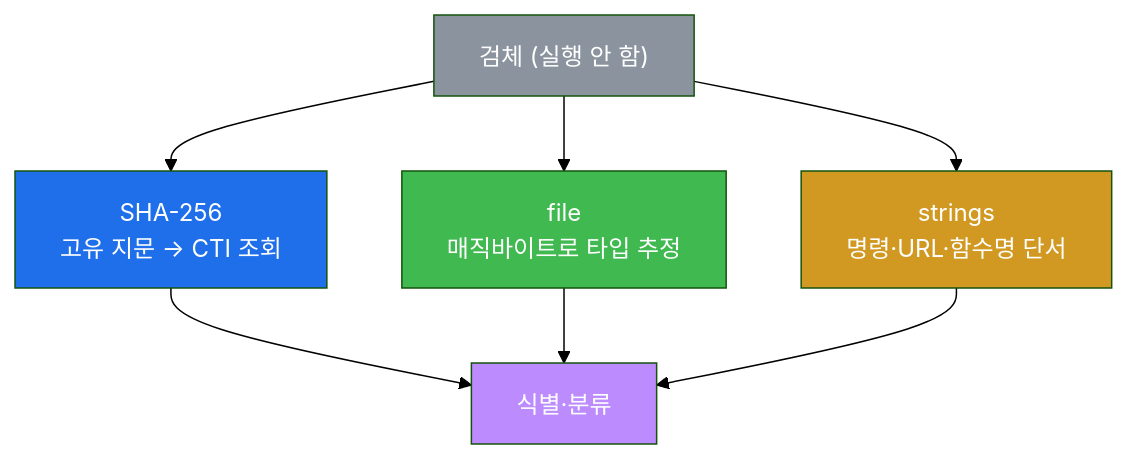
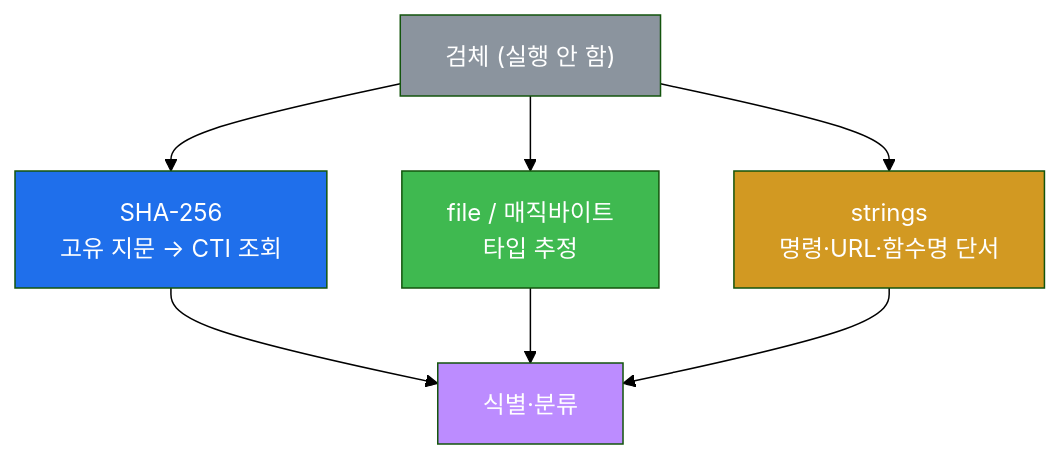
The third of 4 diagrams in contents/training/soc-adv/lecture_week09.md (mrgrit/tw2), drawn with Mermaid (forest theme) before and after one commit. The commit also changed other lines of this file, not shown here.

First line of the commit message:
docs(soc-adv): W09 강의 골드 확장 (162→301줄) — 정적/동적 비교표·해시=지문·file없을때 od 매직바이트·안전취급 4원칙·임의작명

````diff
--- a/contents/training/soc-adv/lecture_week09.md
+++ b/contents/training/soc-adv/lecture_week09.md
@@ -86,15 +147,15 @@
 ```mermaid
 graph TD
     S["검체 (실행 안 함)"]
     S --> H["SHA-256<br/>고유 지문 → CTI 조회"]
-    S --> F["file<br/>매직바이트로 타입 추정"]
+    S --> F["file / 매직바이트<br/>타입 추정"]
     S --> STR["strings<br/>명령·URL·함수명 단서"]
     H --> ID["식별·분류"]
     F --> ID
     STR --> ID
     style S fill:#8b949e,color:#fff
     style H fill:#1f6feb,color:#fff
     style F fill:#3fb950,color:#fff
     style STR fill:#d29922,color:#fff
     style ID fill:#bc8cff,color:#fff
 ```
````
